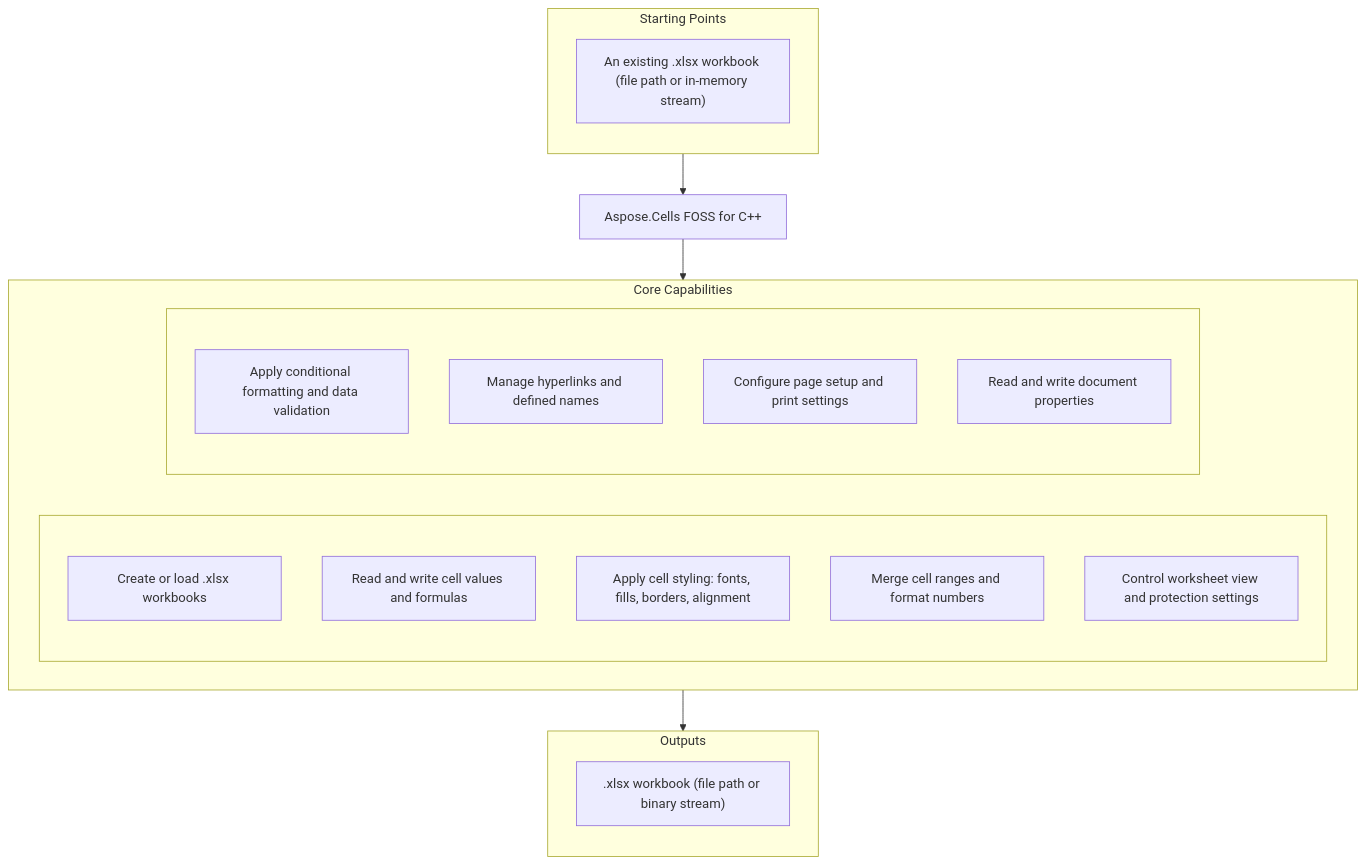
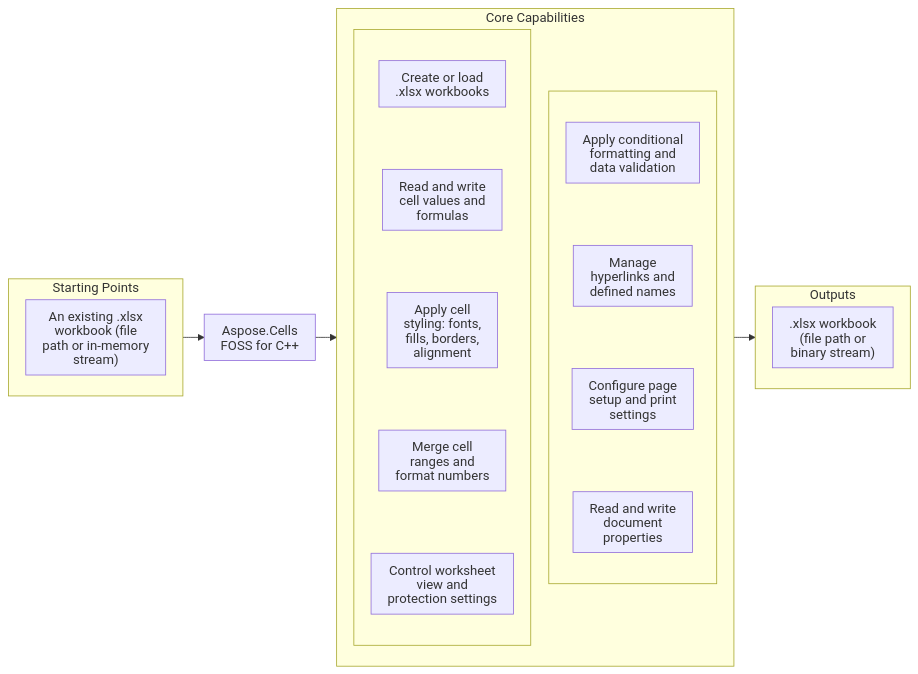
One commit to aspose-cells-foss/Aspose.Cells-FOSS-for-Cpp changed the diagram in README.md. Above: the diagram before and after it, drawn with Mermaid. The commit also changed other lines of this file, not shown here.

Commit message:
Update README via repository-presenter
candidate_hash: 413e900b5cc0a436ebbb59f2ca35f5b2fda3565e0f3ec572ba3f644d20c37253
source_revision: 9f852d0ff1cfdad2d661556d6b87a8eff8c063a2
approver: babar-raza

````diff
--- a/README.md
+++ b/README.md
@@ -28,31 +29,34 @@
 ```mermaid
-flowchart TD
+%%{init: {"htmlLabels": false, "flowchart": {"htmlLabels": false, "nodeSpacing": 22, "rankSpacing": 26, "padding": 10, "useMaxWidth": true, "wrappingWidth": 400}}}%%
+flowchart LR
   subgraph StartingPoints["Starting Points"]
     direction TB
-    i1["An existing .xlsx workbook (file path or in-memory stream)"]
+    i1["An existing .xlsx<br/>workbook (file<br/>path or in-memory<br/>stream)"]
   end
-  PRODUCT["Aspose.Cells FOSS for C++"]
+  PRODUCT["Aspose.Cells<br/>FOSS for C++"]
   subgraph Capabilities["Core Capabilities"]
-    direction LR
+    direction TB
+    subgraph capr[" "]
+      direction TB
+      c6["Apply conditional<br/>formatting and<br/>data validation"]
+      c7["Manage<br/>hyperlinks and<br/>defined names"]
+      c8["Configure page<br/>setup and print<br/>settings"]
+      c9["Read and write<br/>document<br/>properties"]
+      c6 ~~~ c7 ~~~ c8 ~~~ c9
+    end
     subgraph capl[" "]
       direction TB
-      c1["Create or load .xlsx workbooks"]
-      c2["Read and write cell values and formulas"]
-      c3["Apply cell styling: fonts, fills, borders, alignment"]
-      c4["Merge cell ranges and format numbers"]
-      c5["Control worksheet view and protection settings"]
-    end
-    subgraph capr[" "]
-      direction TB
-      c6["Apply conditional formatting and data validation"]
-      c7["Manage hyperlinks and defined names"]
-      c8["Configure page setup and print settings"]
-      c9["Read and write document properties"]
+      c1["Create or load<br/>.xlsx workbooks"]
+      c2["Read and write<br/>cell values and<br/>formulas"]
+      c3["Apply cell<br/>styling: fonts,<br/>fills, borders,<br/>alignment"]
+      c4["Merge cell<br/>ranges and<br/>format numbers"]
+      c5["Control worksheet<br/>view and<br/>protection settings"]
+      c1 ~~~ c2 ~~~ c3 ~~~ c4 ~~~ c5
     end
   end
   subgraph Outputs["Outputs"]
     direction TB
-    o1[".xlsx workbook (file path or binary stream)"]
+    o1[".xlsx workbook<br/>(file path or<br/>binary stream)"]
   end
   StartingPoints --> PRODUCT --> Capabilities --> Outputs
 ```
````
